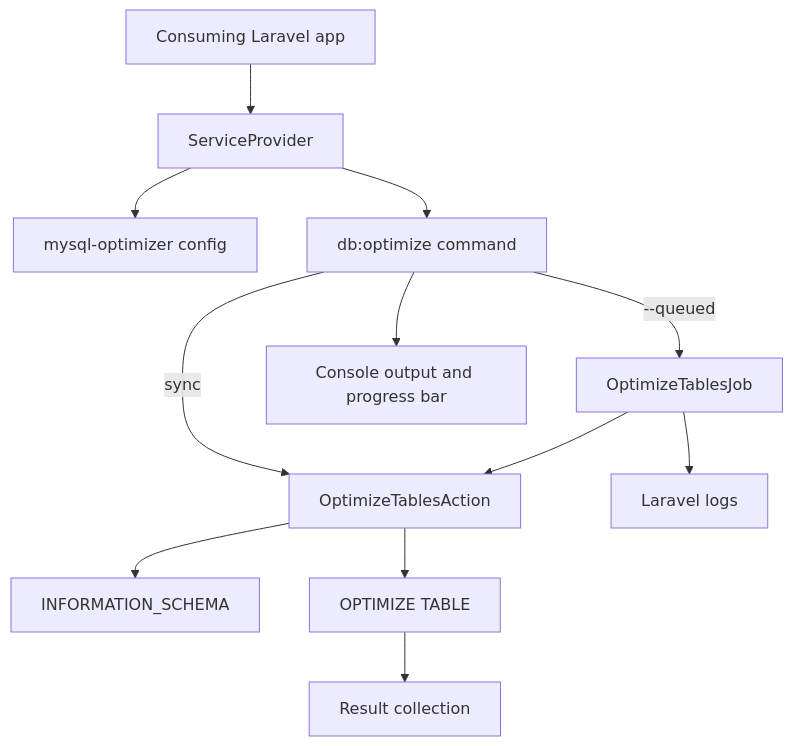
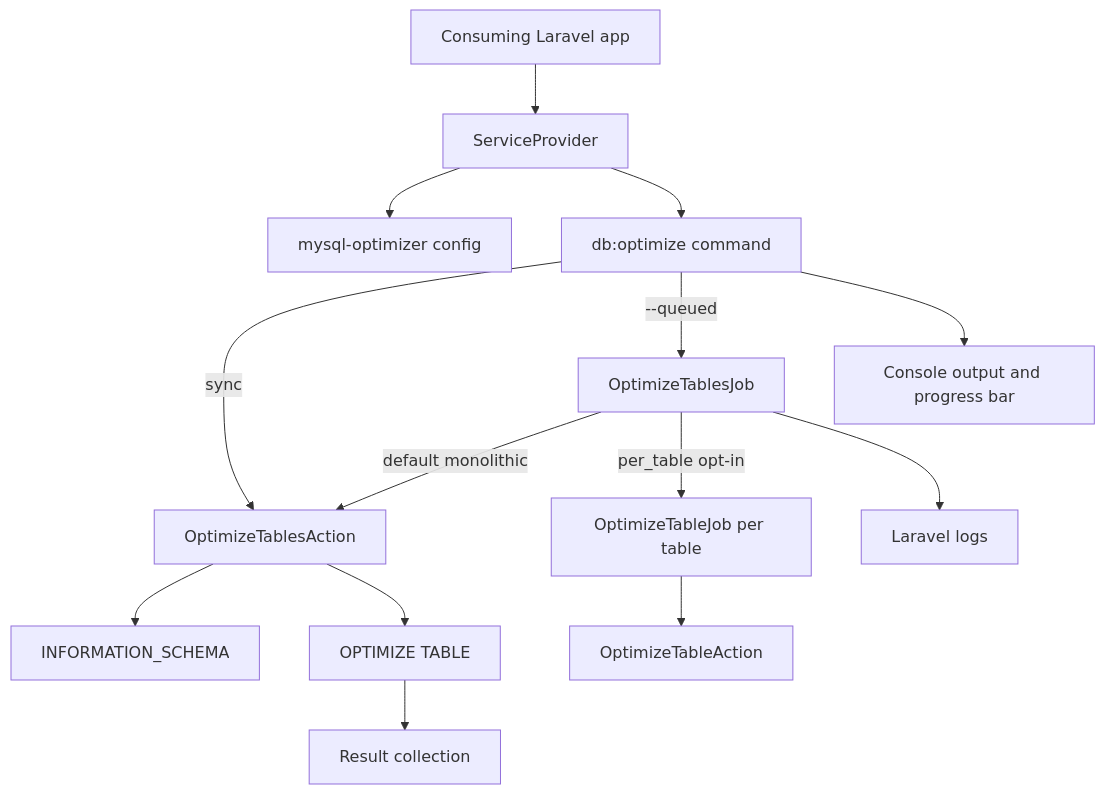
Before and after one commit to gigerIT/laravel-mysql-optimize: the diagram in AGENTS.md, drawn with Mermaid. The commit also changed other lines of this file and 26 other files, not shown here.

````diff
--- a/AGENTS.md
+++ b/AGENTS.md
@@ -128,14 +135,16 @@
 ```mermaid
 flowchart TD
     A[Consuming Laravel app] --> B[ServiceProvider]
     B --> C[mysql-optimizer config]
     B --> D[db:optimize command]
     D -->|sync| E[OptimizeTablesAction]
     D -->|--queued| F[OptimizeTablesJob]
-    F --> E
+    F -->|default monolithic| E
+    F -->|per_table opt-in| L[OptimizeTableJob per table]
+    L --> M[OptimizeTableAction]
     E --> G[INFORMATION_SCHEMA]
     E --> H[OPTIMIZE TABLE]
     H --> I[Result collection]
     F --> J[Laravel logs]
     D --> K[Console output and progress bar]
 ```
````
